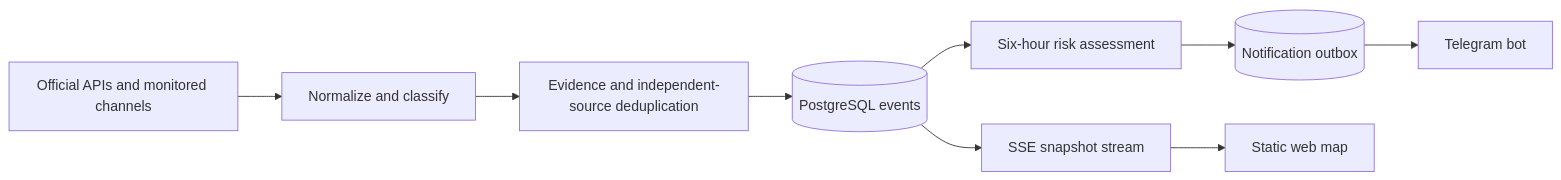
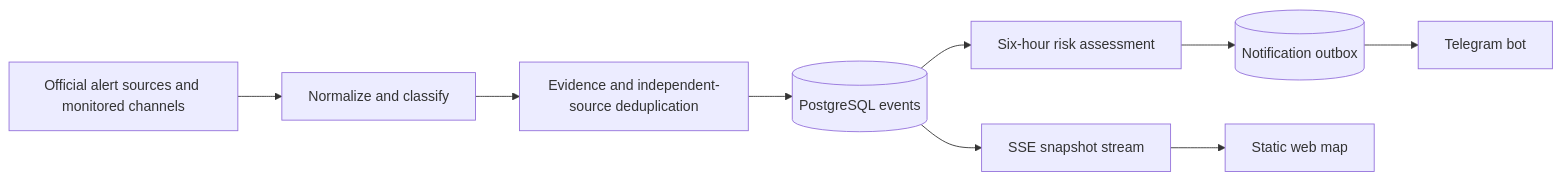
The diagram in README.md (IvanSnezhok/threatlens-ua), drawn with Mermaid before and after one commit. The commit also changed other lines of this file and 25 other files, not shown here.

````diff
--- a/README.md
+++ b/README.md
@@ -57,11 +59,11 @@
 ```mermaid
 flowchart LR
-  Sources[Official APIs and monitored channels] --> Normalize[Normalize and classify]
+  Sources[Official alert sources and monitored channels] --> Normalize[Normalize and classify]
   Normalize --> Evidence[Evidence and independent-source deduplication]
   Evidence --> Events[(PostgreSQL events)]
   Events --> Risk[Six-hour risk assessment]
   Events --> SSE[SSE snapshot stream]
   Risk --> Outbox[(Notification outbox)]
   Outbox --> Bot[Telegram bot]
   SSE --> Web[Static web map]
 ```
````
